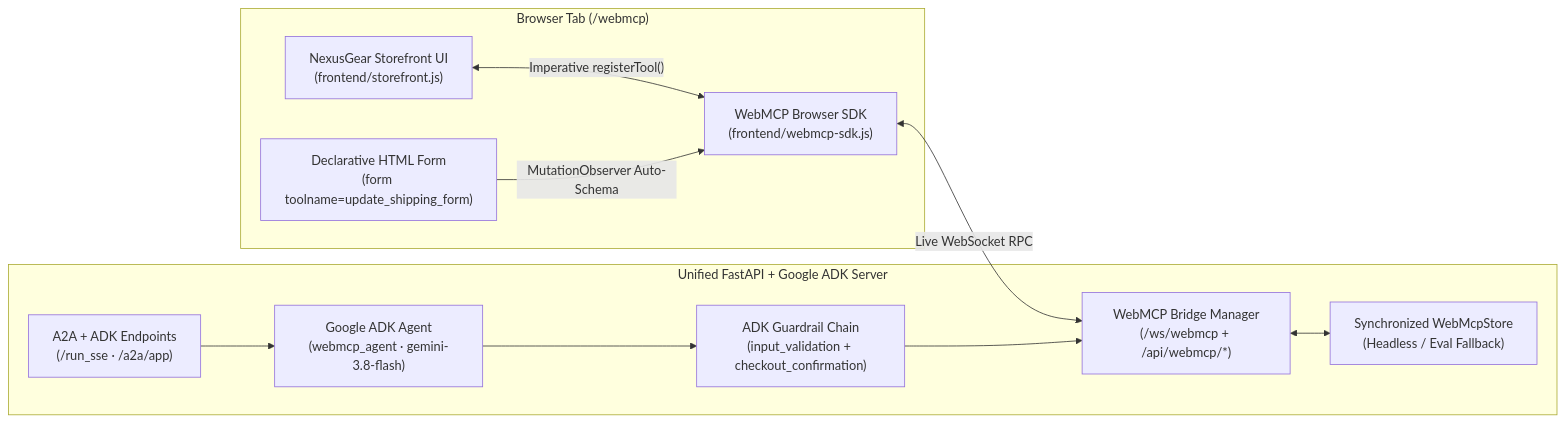
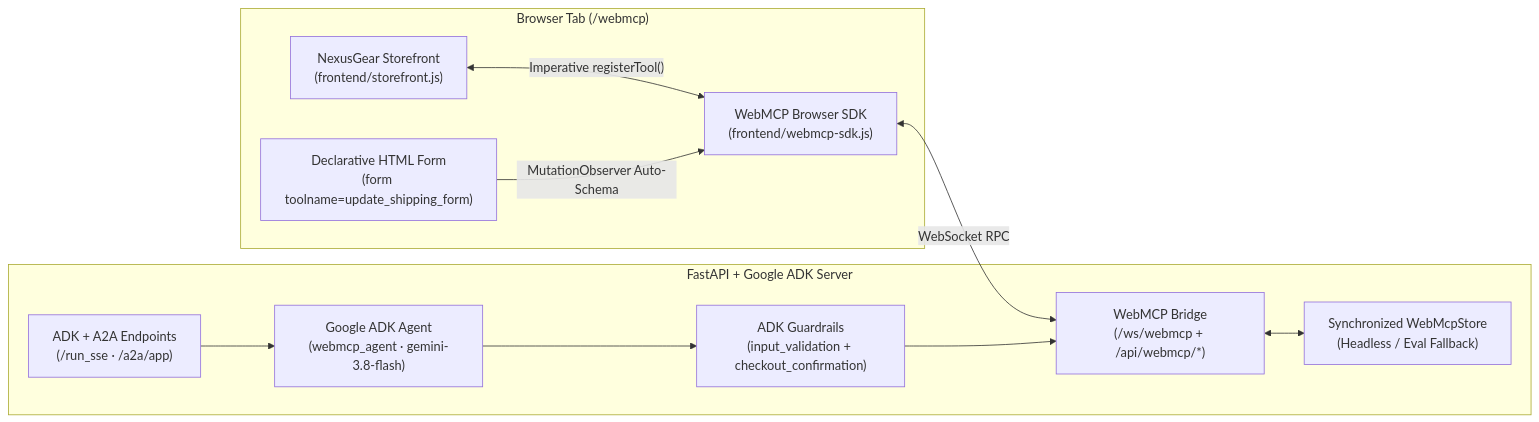
Before and after one commit to sanketbisne/adk-webmcp-storefront: the first of 2 diagrams in README.md, drawn with Mermaid. The commit also changed other lines of this file, not shown here.

Commit message:
Refactor README to concise Google engineering style without AI fluff

````diff
--- a/README.md
+++ b/README.md
@@ -51,22 +53,22 @@
 ```mermaid
 flowchart LR
     subgraph Browser["Browser Tab (/webmcp)"]
-        UI["NexusGear Storefront UI\n(frontend/storefront.js)"]
+        UI["NexusGear Storefront\n(frontend/storefront.js)"]
         Form["Declarative HTML Form\n(form toolname=update_shipping_form)"]
         SDK["WebMCP Browser SDK\n(frontend/webmcp-sdk.js)"]
         UI <-->|"Imperative registerTool()"| SDK
         Form -->|"MutationObserver Auto-Schema"| SDK
     end
 
-    subgraph Runtime["Unified FastAPI + Google ADK Server"]
-        Bridge["WebMCP Bridge Manager\n(/ws/webmcp + /api/webmcp/*)"]
+    subgraph Runtime["FastAPI + Google ADK Server"]
+        Bridge["WebMCP Bridge\n(/ws/webmcp + /api/webmcp/*)"]
         Store["Synchronized WebMcpStore\n(Headless / Eval Fallback)"]
-        Guard["ADK Guardrail Chain\n(input_validation + checkout_confirmation)"]
+        Guard["ADK Guardrails\n(input_validation + checkout_confirmation)"]
         Agent["Google ADK Agent\n(webmcp_agent · gemini-3.8-flash)"]
-        A2A["A2A + ADK Endpoints\n(/run_sse · /a2a/app)"]
+        A2A["ADK + A2A Endpoints\n(/run_sse · /a2a/app)"]
     end
 
-    SDK <-->|"Live WebSocket RPC"| Bridge
+    SDK <-->|"WebSocket RPC"| Bridge
     Bridge <--> Store
     A2A --> Agent --> Guard --> Bridge
 ```
````
